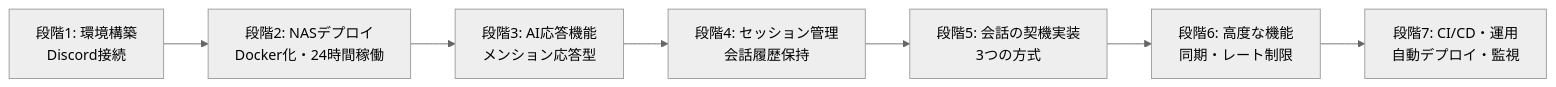
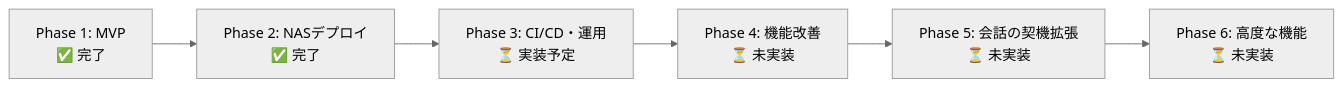
The diagram in docs/implementation/roadmap.md (fluxrozin/kotonoha-bot), drawn with Mermaid (neutral theme) before and after one commit. The commit also changed other lines of this file and 5 other files, not shown here.

First line of the commit message:
Enhance dependencies and update implementation roadmap

````diff
--- a/docs/implementation/roadmap.md
+++ b/docs/implementation/roadmap.md
@@ -26,9 +26,8 @@
 ```mermaid
 graph LR
-    A[段階1: 環境構築<br/>Discord接続] --> B[段階2: NASデプロイ<br/>Docker化・24時間稼働]
-    B --> C[段階3: AI応答機能<br/>メンション応答型]
-    C --> D[段階4: セッション管理<br/>会話履歴保持]
-    D --> E[段階5: 会話の契機実装<br/>3つの方式]
-    E --> F[段階6: 高度な機能<br/>同期・レート制限]
-    F --> G[段階7: CI/CD・運用<br/>自動デプロイ・監視]
+    A[Phase 1: MVP<br/>✅ 完了] --> B[Phase 2: NASデプロイ<br/>✅ 完了]
+    B --> C[Phase 3: CI/CD・運用<br/>⏳ 実装予定]
+    C --> D[Phase 4: 機能改善<br/>⏳ 未実装]
+    D --> E[Phase 5: 会話の契機拡張<br/>⏳ 未実装]
+    E --> F[Phase 6: 高度な機能<br/>⏳ 未実装]
 ```
````
